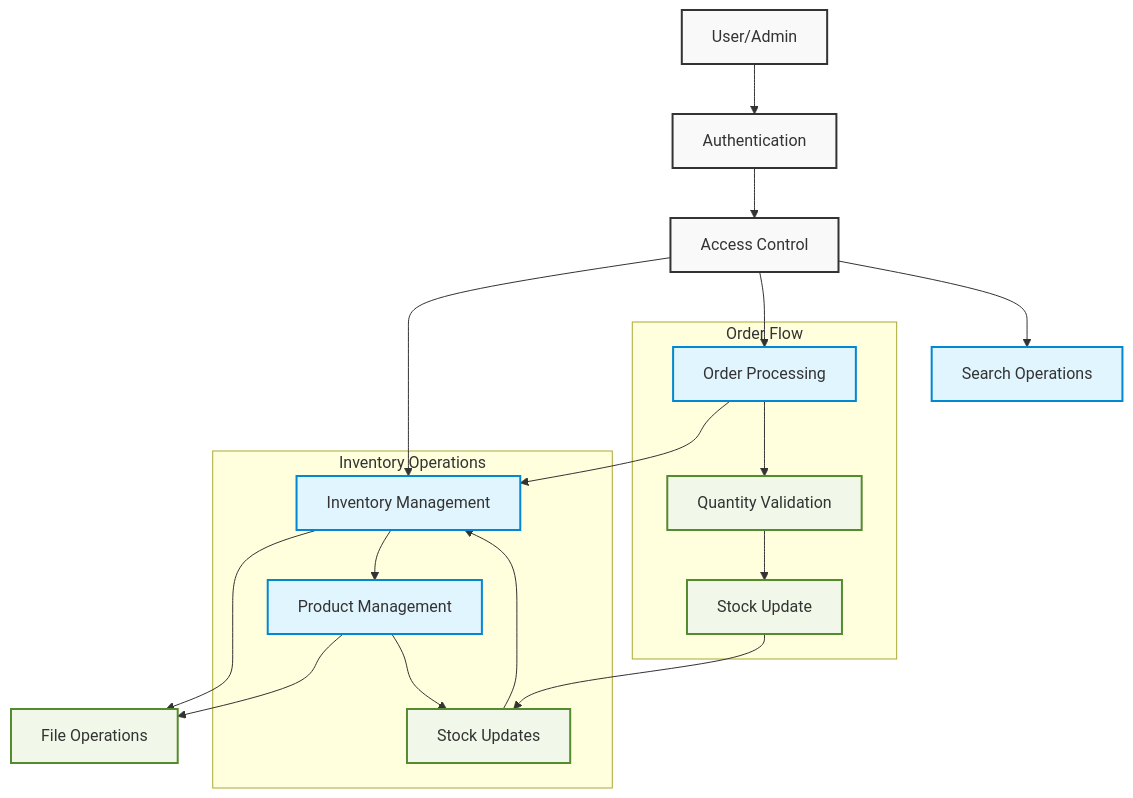
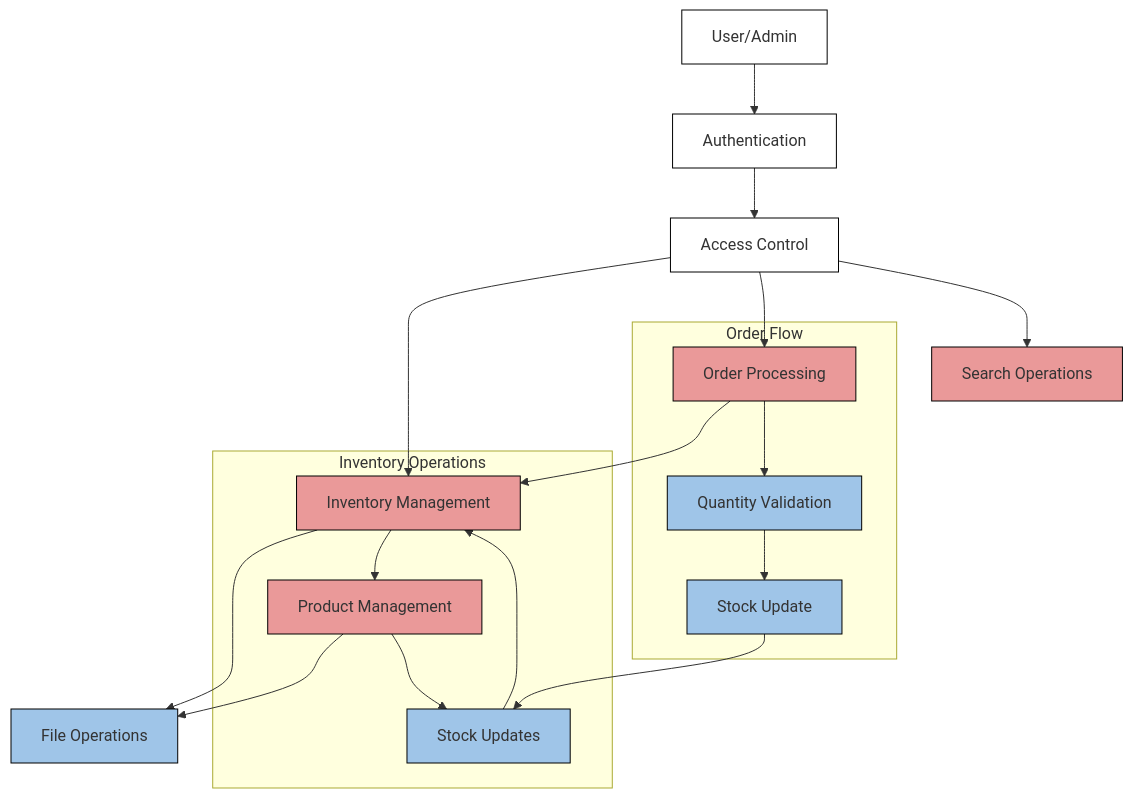
One commit to somshivgupta/Software-Testing-Project changed the diagram in README.md. Above: the diagram before and after it, drawn with Mermaid.

Commit message:
ReadMe - changed mermaid diagram colours for github

````diff
--- a/README.md
+++ b/README.md
@@ -135,34 +135,34 @@
 ```mermaid
 graph TD
     A[User/Admin] --> B[Authentication]
     B --> C[Access Control]
     
     C --> D[Inventory Management]
     C --> E[Order Processing]
     C --> F[Search Operations]
     
     D --> G[File Operations]
     E --> D
     
     D --> H[Product Management]
     H --> G
     
     subgraph "Inventory Operations"
         H --> I[Stock Updates]
         I --> D
     end
     
     subgraph "Order Flow"
         E --> J[Quantity Validation]
         J --> K[Stock Update]
         K --> I
     end
 
-    classDef default fill:#f9f9f9,stroke:#333,stroke-width:2px;
-    classDef process fill:#e1f5fe,stroke:#0288d1,stroke-width:2px;
-    classDef storage fill:#f1f8e9,stroke:#558b2f,stroke-width:2px;
+    classDef default fill:#fff,stroke:#000
+    classDef process fill:#ea9999,stroke:#000
+    classDef storage fill:#9fc5e8,stroke:#000
     
     class A,B,C default;
     class D,E,F,H process;
     class G,I,J,K storage;
 ```
````
